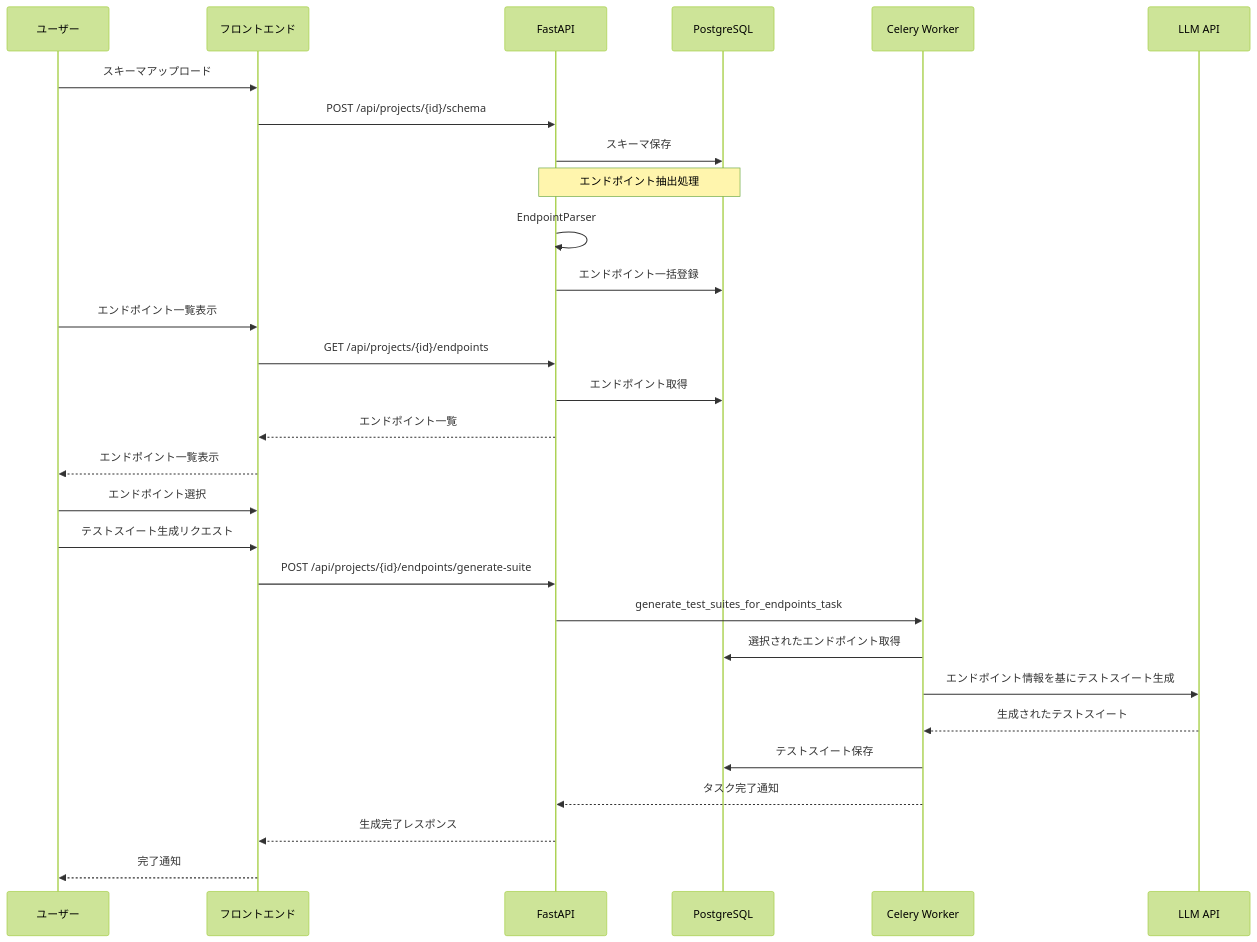
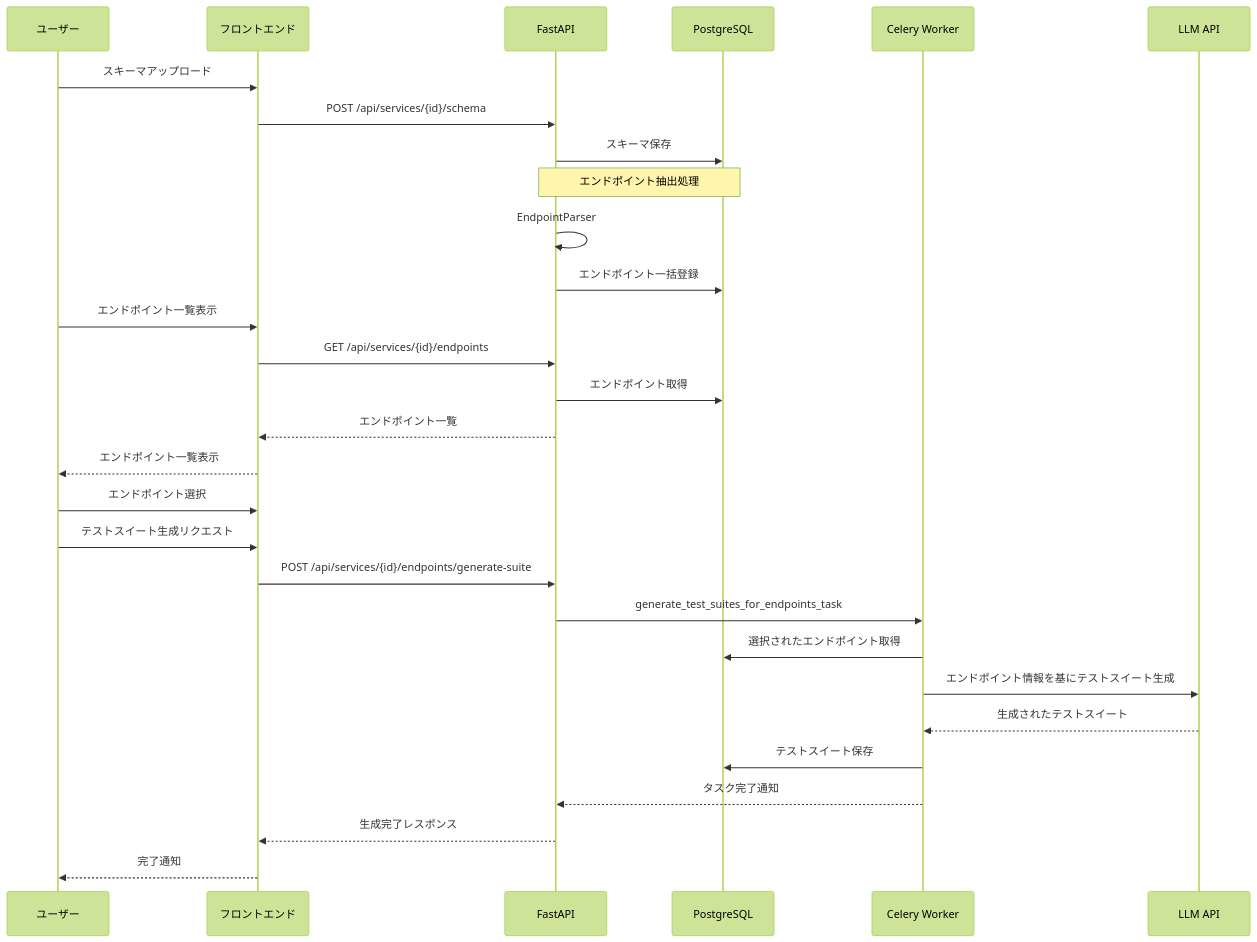
One commit to Pirikara/caseforge changed the third of 6 diagrams in ARCHITECTURE.md. Above: the diagram before and after it, drawn with Mermaid (forest theme). The commit also changed other lines of this file and 80 other files, not shown here.

````diff
--- a/ARCHITECTURE.md
+++ b/ARCHITECTURE.md
@@ -175,37 +175,37 @@
 ```mermaid
 sequenceDiagram
   participant User as ユーザー
   participant UI as フロントエンド
   participant API as FastAPI
   participant DB as PostgreSQL
   participant Worker as Celery Worker
   participant LLM as LLM API
 
   User->>UI: スキーマアップロード
-  UI->>API: POST /api/projects/{id}/schema
+  UI->>API: POST /api/services/{id}/schema
   API->>DB: スキーマ保存
   
   Note over API,DB: エンドポイント抽出処理
   API->>API: EndpointParser
   API->>DB: エンドポイント一括登録
   
   User->>UI: エンドポイント一覧表示
-  UI->>API: GET /api/projects/{id}/endpoints
+  UI->>API: GET /api/services/{id}/endpoints
   API->>DB: エンドポイント取得
   API-->>UI: エンドポイント一覧
   UI-->>User: エンドポイント一覧表示
   
   User->>UI: エンドポイント選択
   User->>UI: テストスイート生成リクエスト
-  UI->>API: POST /api/projects/{id}/endpoints/generate-suite
+  UI->>API: POST /api/services/{id}/endpoints/generate-suite
   API->>Worker: generate_test_suites_for_endpoints_task
   
   Worker->>DB: 選択されたエンドポイント取得
   Worker->>LLM: エンドポイント情報を基にテストスイート生成
   LLM-->>Worker: 生成されたテストスイート
   Worker->>DB: テストスイート保存
   
   Worker-->>API: タスク完了通知
   API-->>UI: 生成完了レスポンス
   UI-->>User: 完了通知
 ```
````
